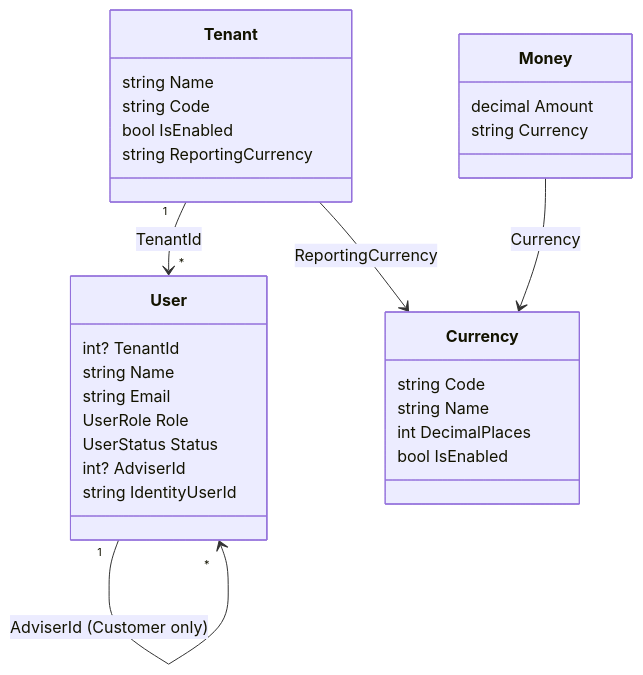
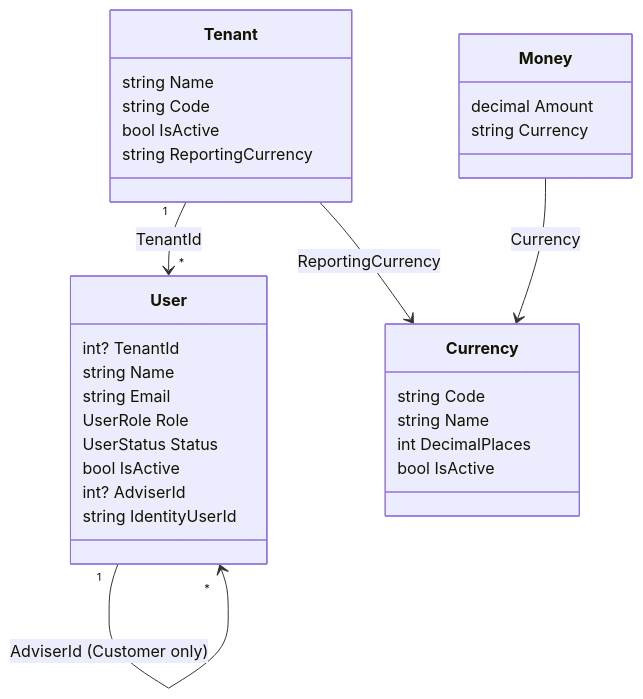
One commit to louis297/MyWealthV2 changed the diagram in docs/domain-model.md. Above: the diagram before and after it, drawn with Mermaid. The commit also changed other lines of this file and 18 other files, not shown here.

Commit message:
Rename live IsEnabled docs to IsActive without implementing accounts.

````diff
--- a/docs/domain-model.md
+++ b/docs/domain-model.md
@@ -43,32 +43,33 @@
 ```mermaid
 classDiagram
   class Tenant {
     string Name
     string Code
-    bool IsEnabled
+    bool IsActive
     string ReportingCurrency
   }
   class User {
     int? TenantId
     string Name
     string Email
     UserRole Role
     UserStatus Status
+    bool IsActive
     int? AdviserId
     string IdentityUserId
   }
   class Currency {
     string Code
     string Name
     int DecimalPlaces
-    bool IsEnabled
+    bool IsActive
   }
   class Money {
     decimal Amount
     string Currency
   }
   Tenant "1" --> "*" User : TenantId
   User "1" --> "*" User : AdviserId (Customer only)
   Tenant --> Currency : ReportingCurrency
   Money --> Currency : Currency
 ```
````
